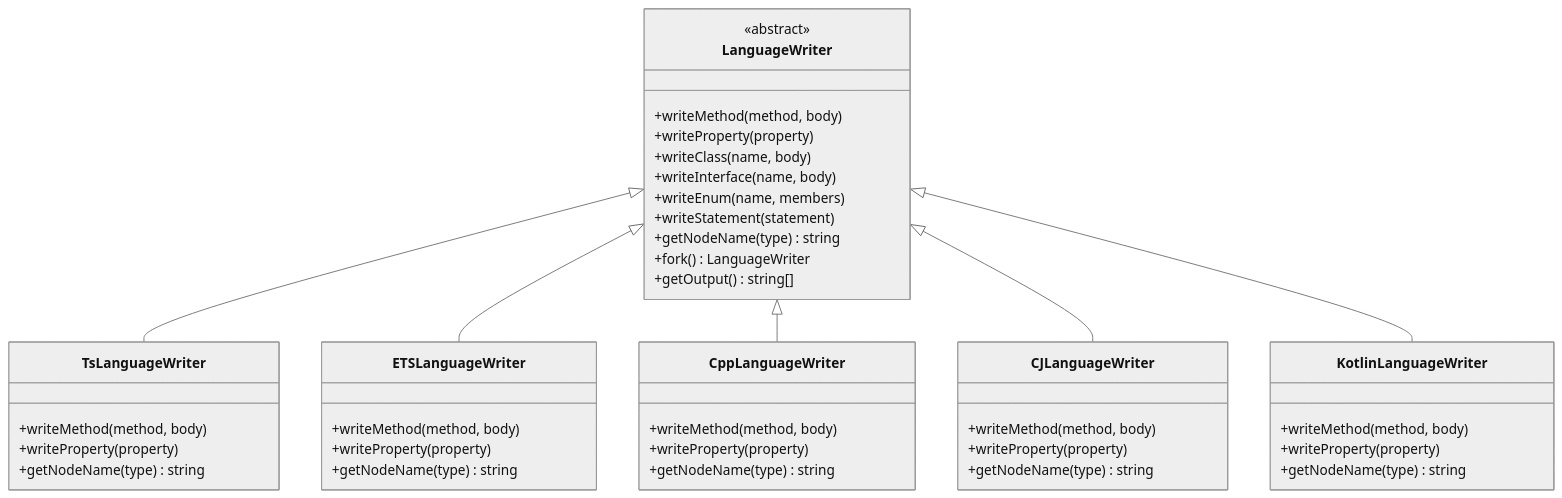
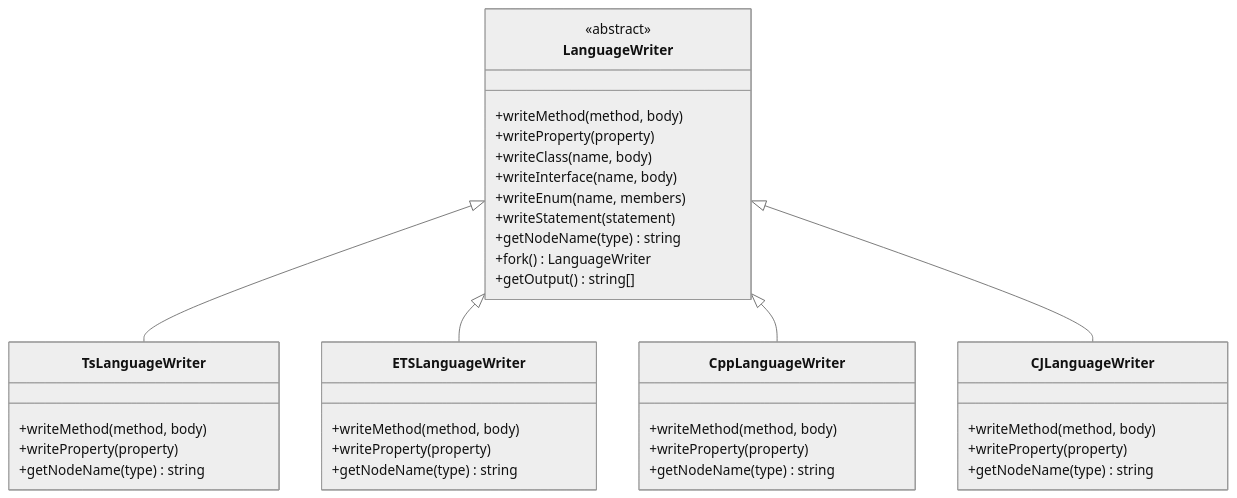
Before and after one commit to openharmony/arkui_idlize: the fourth of 5 diagrams in doc/en/ARCHITECTURE.md, drawn with Mermaid (neutral theme). The commit also changed other lines of this file and 9 other files, not shown here.

````diff
--- a/doc/en/ARCHITECTURE.md
+++ b/doc/en/ARCHITECTURE.md
@@ -408,45 +406,39 @@
 ```mermaid
 classDiagram
     class LanguageWriter {
         <<abstract>>
         +writeMethod(method, body)
         +writeProperty(property)
         +writeClass(name, body)
         +writeInterface(name, body)
         +writeEnum(name, members)
         +writeStatement(statement)
         +getNodeName(type) string
         +fork() LanguageWriter
         +getOutput() string[]
     }
     class TsLanguageWriter {
         +writeMethod(method, body)
         +writeProperty(property)
         +getNodeName(type) string
     }
     class ETSLanguageWriter {
         +writeMethod(method, body)
         +writeProperty(property)
         +getNodeName(type) string
     }
     class CppLanguageWriter {
         +writeMethod(method, body)
         +writeProperty(property)
         +getNodeName(type) string
     }
     class CJLanguageWriter {
         +writeMethod(method, body)
         +writeProperty(property)
         +getNodeName(type) string
     }
-    class KotlinLanguageWriter {
-        +writeMethod(method, body)
-        +writeProperty(property)
-        +getNodeName(type) string
-    }
     LanguageWriter <|-- TsLanguageWriter
     LanguageWriter <|-- ETSLanguageWriter
     LanguageWriter <|-- CppLanguageWriter
     LanguageWriter <|-- CJLanguageWriter
-    LanguageWriter <|-- KotlinLanguageWriter
 ```
````
